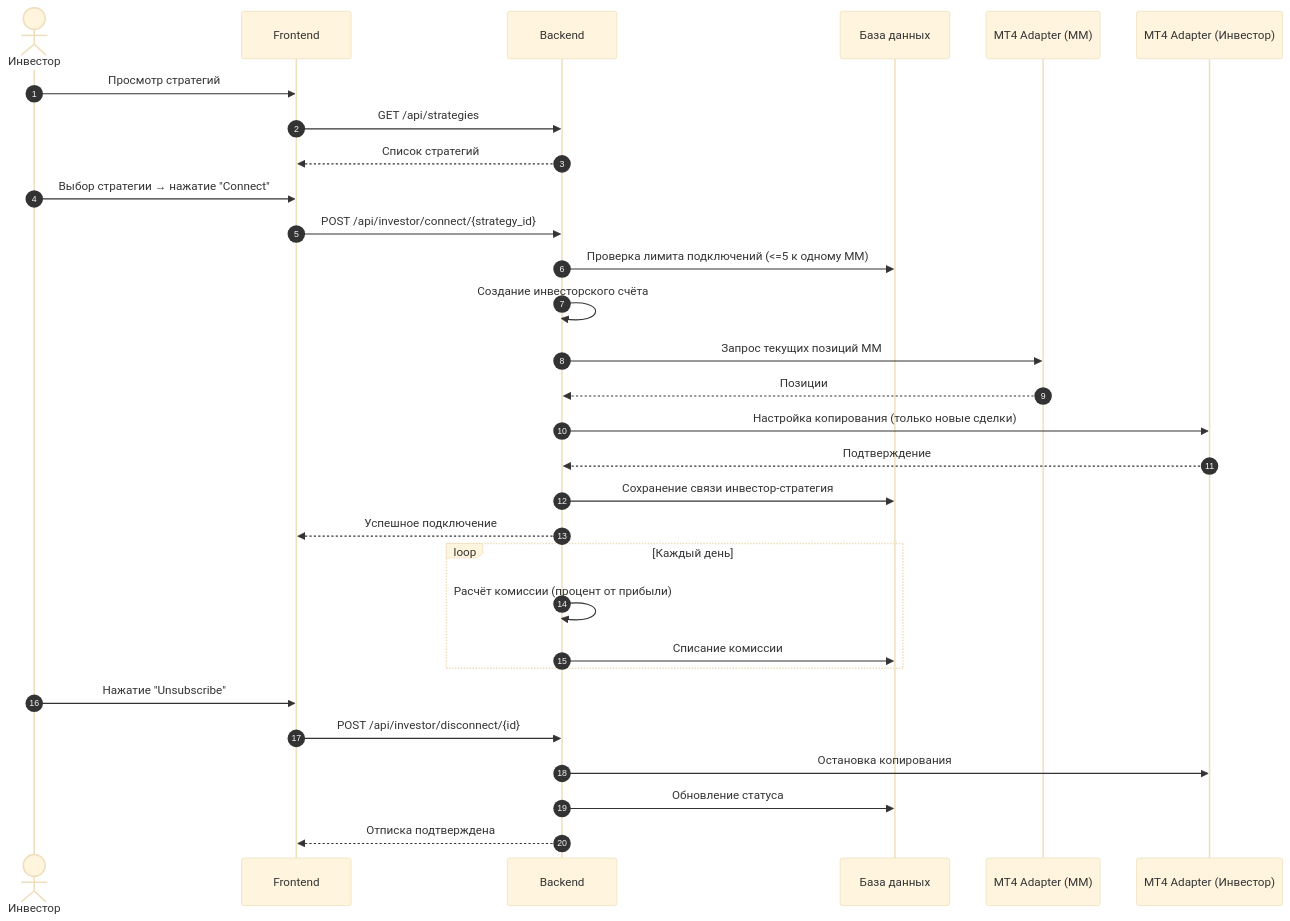
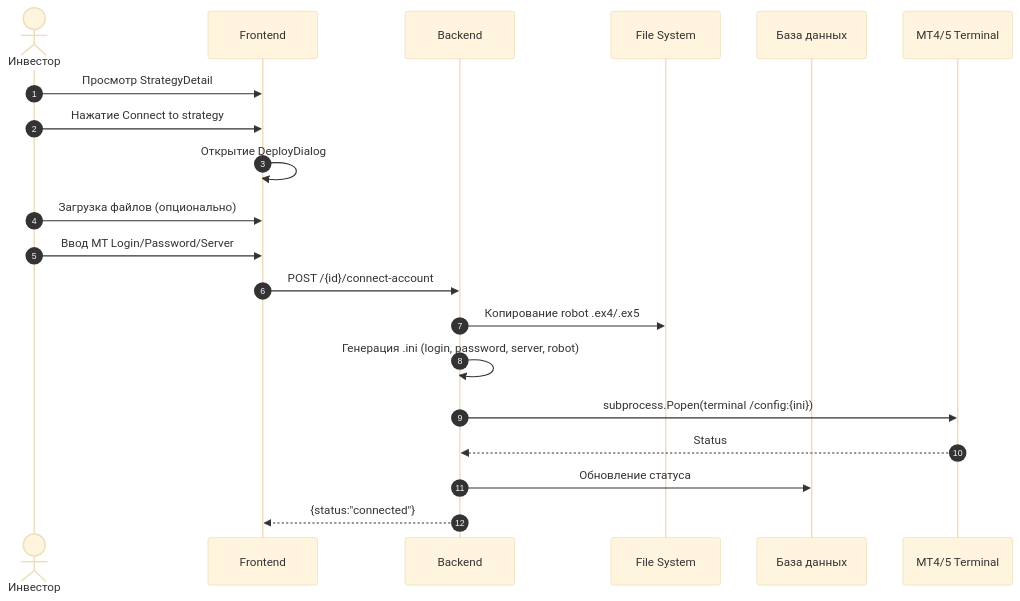
One commit to MatveiV/TradingRobotMarketplace changed the eighth of 11 diagrams in TRM_SRS.md. Above: the diagram before and after it, drawn with Mermaid (base theme). The commit also changed other lines of this file and 109 other files, not shown here.

````diff
--- a/TRM_SRS.md
+++ b/TRM_SRS.md
@@ -403,40 +420,24 @@
 ```mermaid
 sequenceDiagram
     autonumber
     actor Inv as Инвестор
     participant FE as Frontend
     participant BE as Backend
+    participant FS as File System
     participant DB as База данных
-    participant MM_MT4 as MT4 Adapter (MM)
-    participant Inv_MT4 as MT4 Adapter (Инвестор)
+    participant MT as MT4/5 Terminal
 
-    Inv->>FE: Просмотр стратегий
-    FE->>BE: GET /api/strategies
-    BE-->>FE: Список стратегий
-    
-    Inv->>FE: Выбор стратегии → нажатие "Connect"
-    FE->>BE: POST /api/investor/connect/{strategy_id}
-    
-    BE->>DB: Проверка лимита подключений (<=5 к одному MM)
-    BE->>BE: Создание инвесторского счёта
-    
-    BE->>MM_MT4: Запрос текущих позиций MM
-    MM_MT4-->>BE: Позиции
-    
-    BE->>Inv_MT4: Настройка копирования (только новые сделки)
-    Inv_MT4-->>BE: Подтверждение
-    
-    BE->>DB: Сохранение связи инвестор-стратегия
-    BE-->>FE: Успешное подключение
-    
-    loop Каждый день
-        BE->>BE: Расчёт комиссии (процент от прибыли)
-        BE->>DB: Списание комиссии
-    end
-    
-    Inv->>FE: Нажатие "Unsubscribe"
-    FE->>BE: POST /api/investor/disconnect/{id}
-    BE->>Inv_MT4: Остановка копирования
+    Inv->>FE: Просмотр StrategyDetail
+    Inv->>FE: Нажатие Connect to strategy
+    FE->>FE: Открытие DeployDialog
+
+    Inv->>FE: Загрузка файлов (опционально)
+    Inv->>FE: Ввод MT Login/Password/Server
+    FE->>BE: POST /{id}/connect-account
+    BE->>FS: Копирование robot .ex4/.ex5
+    BE->>BE: Генерация .ini (login, password, server, robot)
+    BE->>MT: subprocess.Popen(terminal /config:{ini})
+    MT-->>BE: Status
     BE->>DB: Обновление статуса
-    BE-->>FE: Отписка подтверждена
+    BE-->>FE: {status:"connected"}
 ```
````
